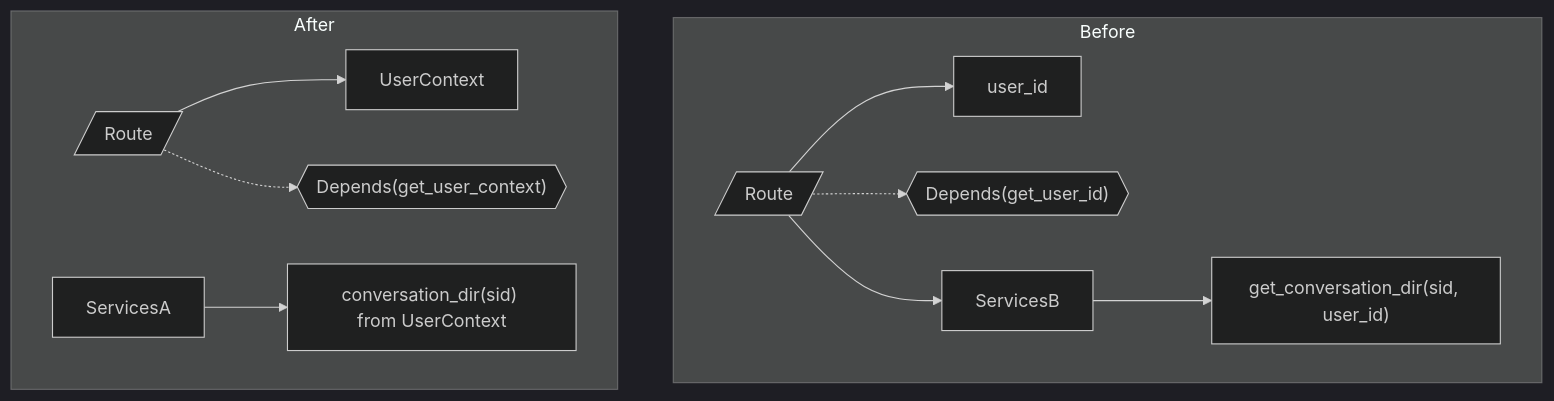
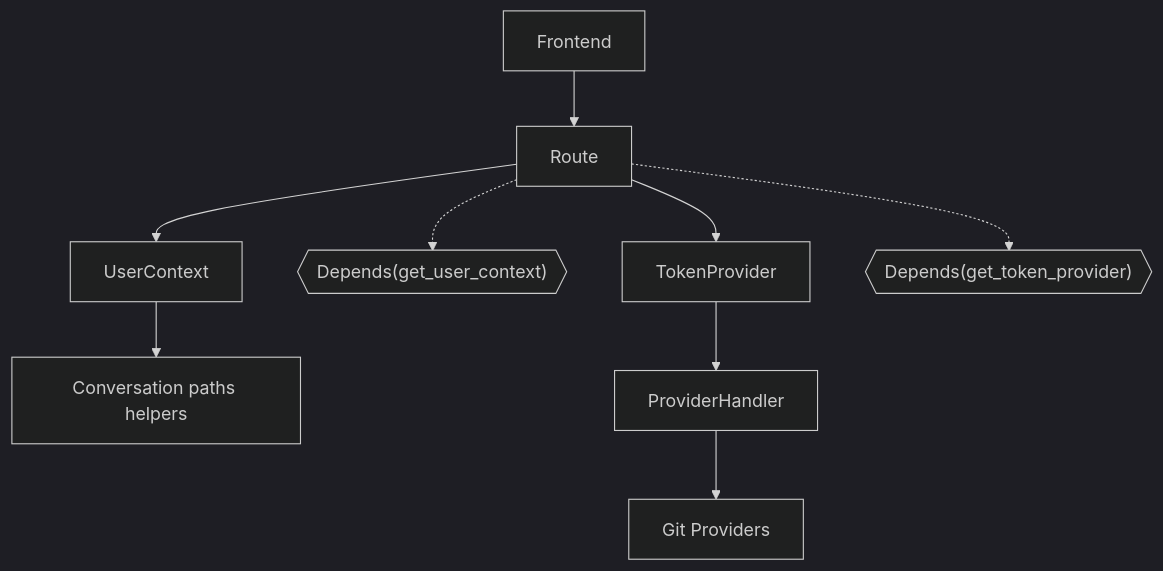
The first of 2 diagrams in docs/usage/architecture/proposal_auth_system.mdx (All-Hands-AI/OpenHands), drawn with Mermaid (dark theme) before and after one commit. The commit also changed other lines of this file and 2 other files, not shown here.

Commit message:
docs(auth): split into two docs per Option 1 - proposal_auth_boundaries.mdx: boundary-first refactor (UserContext, TokenProvider) - proposal_auth_system.mdx: strategy-based Auth System (None, SU, MU) with brief SU/MU rationale - cross-link snippets doc to both proposals

````diff
--- a/docs/usage/architecture/proposal_auth_system.mdx
+++ b/docs/usage/architecture/proposal_auth_system.mdx
@@ -137,17 +47,13 @@
 ```mermaid
 flowchart TD
-  subgraph Before
-    RouteB[/Route/] --> user_id["user_id"]
-    note1{{"Depends(get_user_id)"}}
-    RouteB -.-> note1
-    RouteB --> ServicesB
-    ServicesB --> LocationsB["get_conversation_dir(sid, user_id)"]
-  end
-
-  subgraph After
-    RouteA[/Route/] --> UserContext["UserContext"]
-    note2{{"Depends(get_user_context)"}}
-    RouteA -.-> note2
-    ServicesA --> PathsA["conversation_dir(sid) from UserContext"]
-  end
+  FE["Frontend"] --> Route["Route"]
+  Route --> UC["UserContext"]
+  note1{{"Depends(get_user_context)"}}
+  Route -.-> note1
+  Route --> TP["TokenProvider"]
+  note2{{"Depends(get_token_provider)"}}
+  Route -.-> note2
+  UC --> Paths["Conversation paths helpers"]
+  TP --> PH["ProviderHandler"]
+  PH --> Git["Git Providers"]
 ```
````
